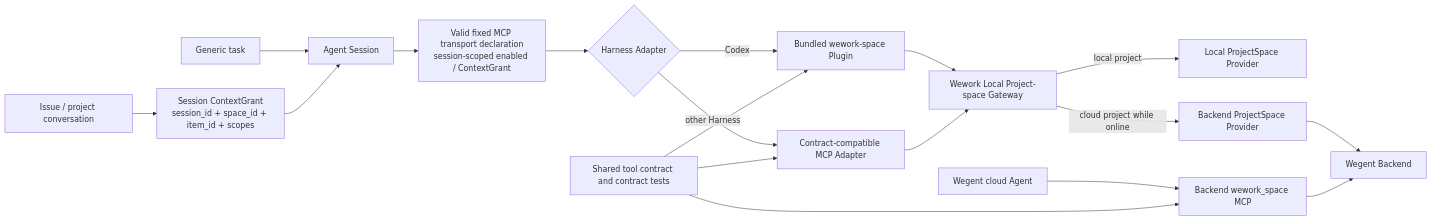
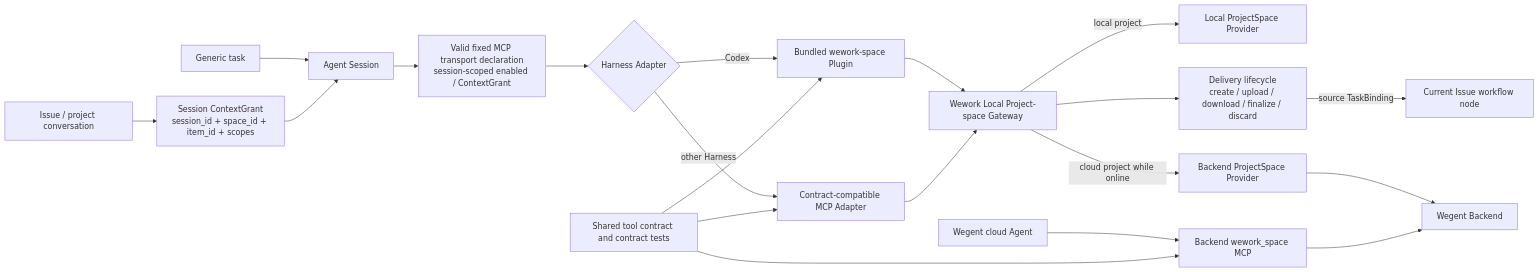
The first of 2 diagrams in docs/en/architecture/project-space-agent-capability.md (wecode-ai/Wegent), drawn with Mermaid before and after one commit. The commit also changed other lines of this file and 30 other files, not shown here.

Commit message:
feat(workflow): complete delivery automation lifecycle

````diff
--- a/docs/en/architecture/project-space-agent-capability.md
+++ b/docs/en/architecture/project-space-agent-capability.md
@@ -9,20 +9,22 @@
 ```mermaid
 flowchart LR
     ISSUE[Issue / project conversation] --> GRANT[Session ContextGrant<br/>session_id + space_id + item_id + scopes]
     GENERIC[Generic task] --> SESSION[Agent Session]
     GRANT --> SESSION
     SESSION --> DECLARATION[Valid fixed MCP transport declaration<br/>session-scoped enabled / ContextGrant]
     DECLARATION --> ADAPTER{Harness Adapter}
     ADAPTER -->|Codex| PLUGIN[Bundled wework-space Plugin]
     ADAPTER -->|other Harness| MCP_ADAPTER[Contract-compatible MCP Adapter]
     PLUGIN --> GATEWAY[Wework Local Project-space Gateway]
     MCP_ADAPTER --> GATEWAY
     GATEWAY -->|local project| LOCAL[Local ProjectSpace Provider]
     GATEWAY -->|cloud project while online| REMOTE[Backend ProjectSpace Provider]
     REMOTE --> BACKEND[Wegent Backend]
+    GATEWAY --> DELIVERY[Delivery lifecycle<br/>create / upload / download / finalize / discard]
+    DELIVERY -->|source TaskBinding| ISSUE_STAGE[Current Issue workflow node]
     CLOUD[Wegent cloud Agent] --> BACKEND_MCP[Backend wework_space MCP]
     BACKEND_MCP --> BACKEND
     CONTRACT[Shared tool contract and contract tests] --> PLUGIN
     CONTRACT --> MCP_ADAPTER
     CONTRACT --> BACKEND_MCP
 ```
````
